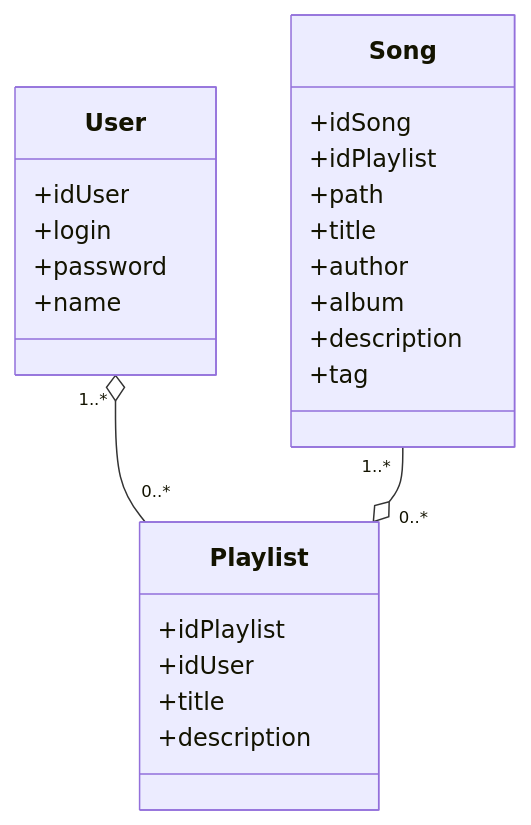
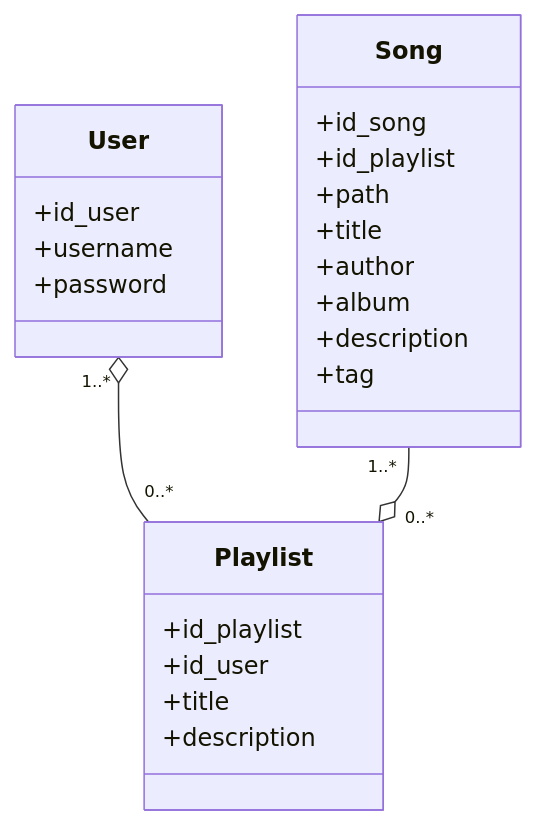
The diagram in documentation/database.md (pukanjourpour/music-playlist-app), drawn with Mermaid before and after one commit. The commit also changed 10 other files, not shown here.

````diff
--- a/documentation/database.md
+++ b/documentation/database.md
@@ -1,32 +1,31 @@
 ```mermaid
 classDiagram
 
     User "1..*" o-- "0..*" Playlist
     Song "1..*" --o "0..*" Playlist
 
     class User{
-        +idUser
-        +login
+        +id_user
+        +username
         +password
-        +name
     }
 
     class Playlist{
-        +idPlaylist
-        +idUser
+        +id_playlist
+        +id_user
         +title
         +description
     }
 
     class Song{
-        +idSong
-        +idPlaylist
+        +id_song
+        +id_playlist
         +path
         +title
         +author
         +album
         +description
         +tag
     }
 
 ```
````
